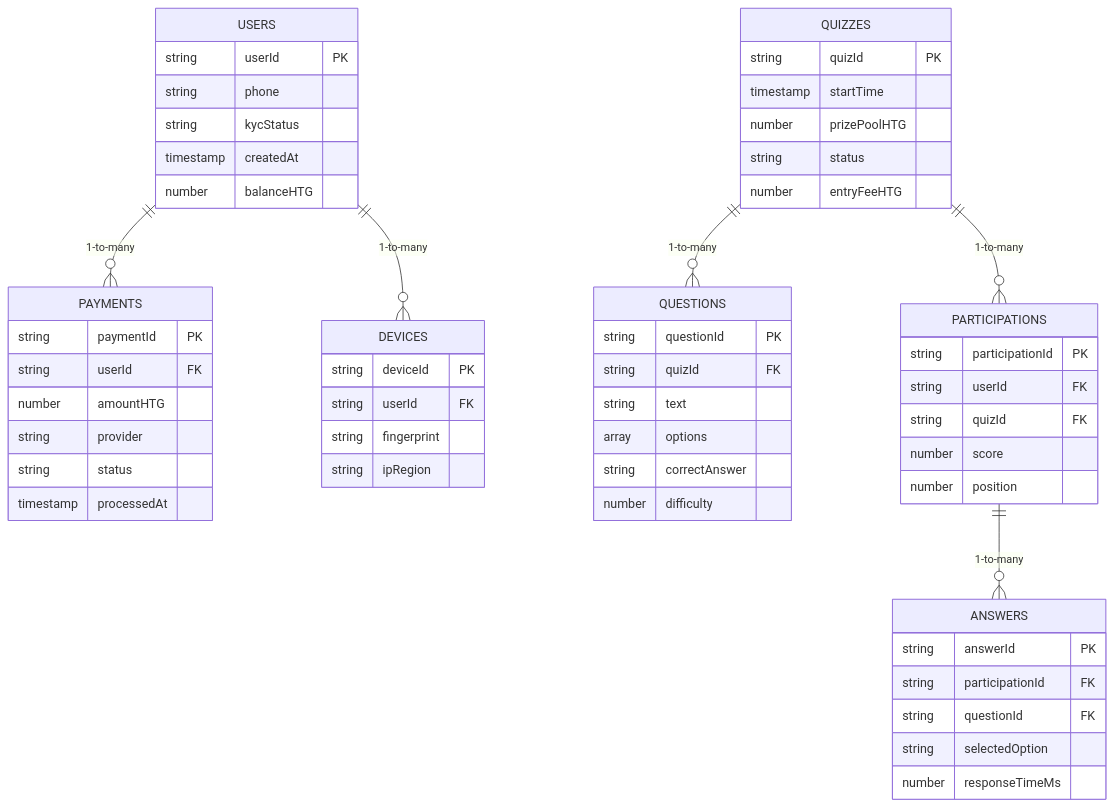
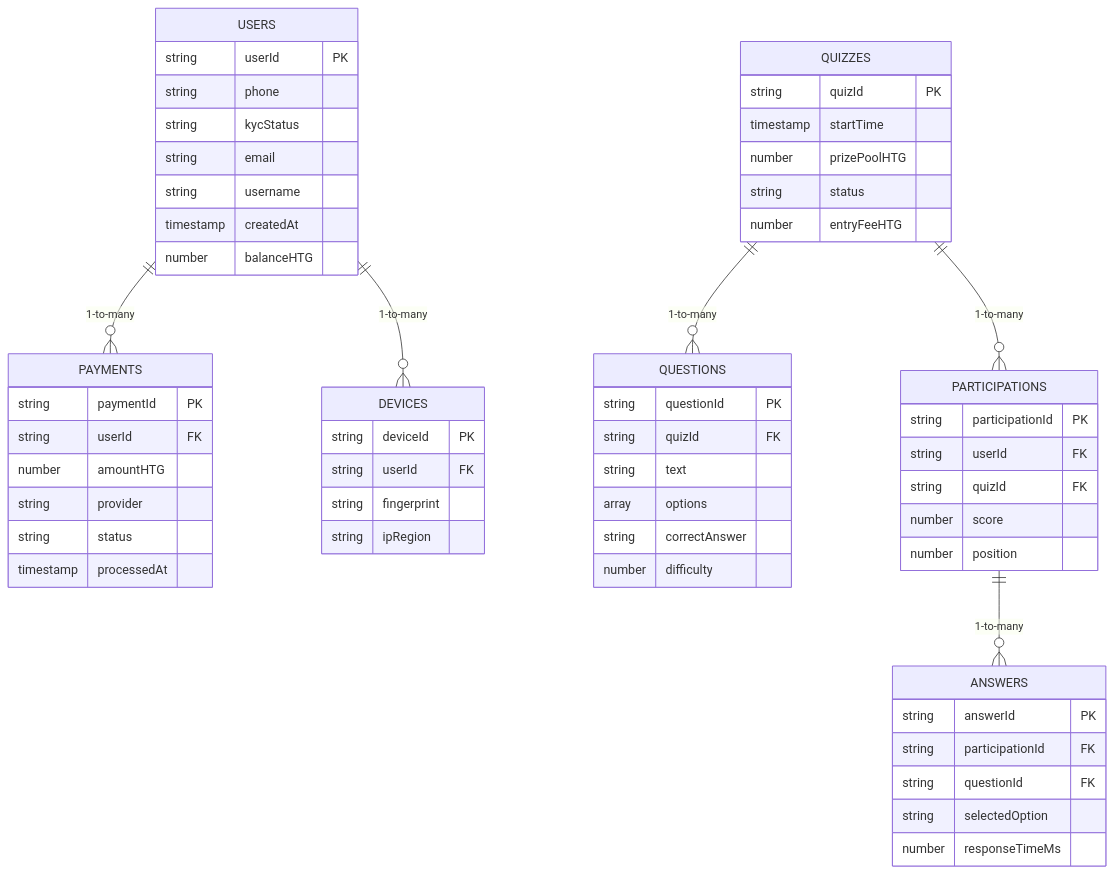
Before and after one commit to StephLaine/quiz: the diagram in Modelisation.md, drawn with Mermaid. The commit also changed other lines of this file, not shown here.

````diff
--- a/Modelisation.md
+++ b/Modelisation.md
@@ -5,65 +5,67 @@
 ```mermaid
 erDiagram
     USERS ||--o{ PAYMENTS : "1-to-many"
     USERS ||--o{ DEVICES : "1-to-many"
     QUIZZES ||--o{ QUESTIONS : "1-to-many"
     QUIZZES ||--o{ PARTICIPATIONS : "1-to-many"
     PARTICIPATIONS ||--o{ ANSWERS : "1-to-many"
 
     USERS {
         string userId PK
         string phone
         string kycStatus
+        string email
+        string username
         timestamp createdAt
         number balanceHTG
     }
     
     DEVICES {
         string deviceId PK
         string userId FK
         string fingerprint
         string ipRegion
     }
     
     QUIZZES {
         string quizId PK
         timestamp startTime
         number prizePoolHTG
         string status
         number entryFeeHTG
     }
     
     QUESTIONS {
         string questionId PK
         string quizId FK
         string text
         array options
         string correctAnswer
         number difficulty
     }
     
     PARTICIPATIONS {
         string participationId PK
         string userId FK
         string quizId FK
         number score
         number position
     }
     
     ANSWERS {
         string answerId PK
         string participationId FK
         string questionId FK
         string selectedOption
         number responseTimeMs
     }
     
     PAYMENTS {
         string paymentId PK
         string userId FK
         number amountHTG
         string provider
         string status
         timestamp processedAt
     }
 ```
````
